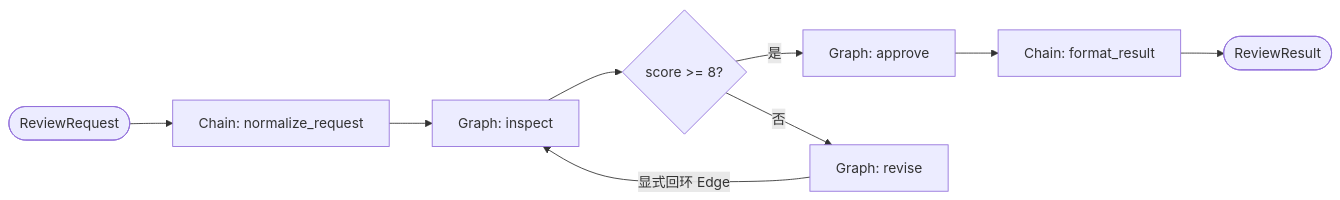
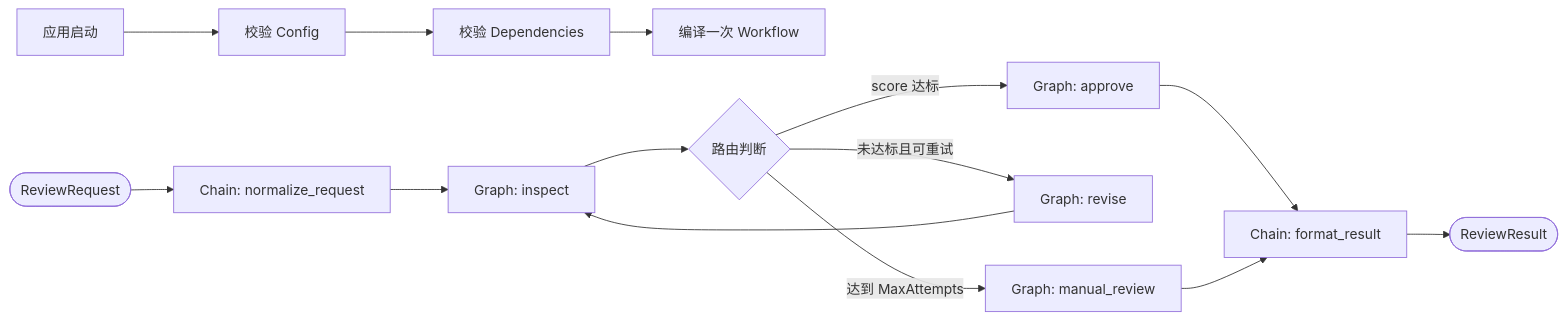
One commit to wo4zhuzi/eino-lab changed the diagram in examples/go-study/framework-api-design/14-chain-with-graph/README.md. Above: the diagram before and after it, drawn with Mermaid. The commit also changed other lines of this file and 17 other files, not shown here.

Commit message:
生产型 Chain 与 Graph 组合

````diff
--- a/examples/go-study/framework-api-design/14-chain-with-graph/README.md
+++ b/examples/go-study/framework-api-design/14-chain-with-graph/README.md
@@ -26,11 +49,17 @@
 ```mermaid
 flowchart LR
-    START([ReviewRequest]) --> NORMALIZE[Chain: normalize_request]
+    APP[应用启动] --> CONFIG[校验 Config]
+    CONFIG --> DEPS[校验 Dependencies]
+    DEPS --> COMPILE[编译一次 Workflow]
+
+    REQUEST([ReviewRequest]) --> NORMALIZE[Chain: normalize_request]
     NORMALIZE --> INSPECT[Graph: inspect]
-    INSPECT --> ROUTE{score >= 8?}
-    ROUTE -->|是| APPROVE[Graph: approve]
-    ROUTE -->|否| REVISE[Graph: revise]
-    REVISE -->|显式回环 Edge| INSPECT
+    INSPECT --> ROUTE{路由判断}
+    ROUTE -->|score 达标| APPROVE[Graph: approve]
+    ROUTE -->|未达标且可重试| REVISE[Graph: revise]
+    REVISE --> INSPECT
+    ROUTE -->|达到 MaxAttempts| MANUAL[Graph: manual_review]
     APPROVE --> FORMAT[Chain: format_result]
-    FORMAT --> END_NODE([ReviewResult])
+    MANUAL --> FORMAT
+    FORMAT --> RESULT([ReviewResult])
 ```
````
